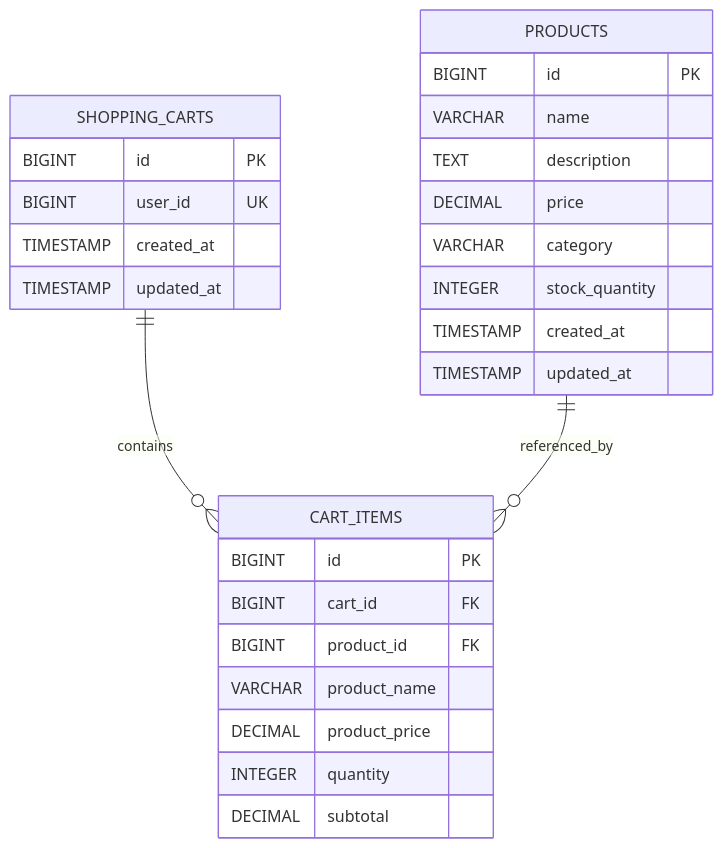
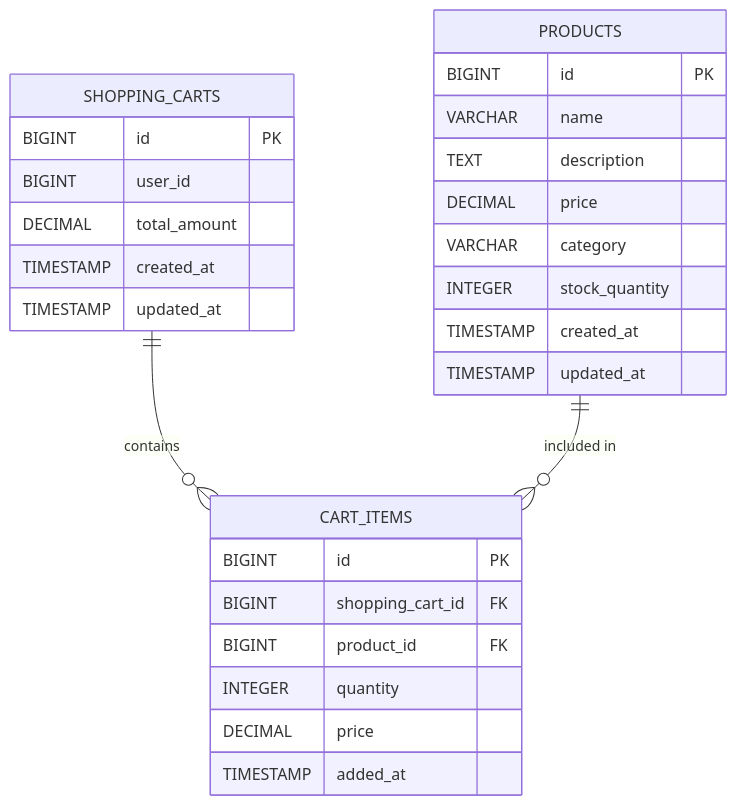
Before and after one commit to NavneetBN47/aava-ecom-demo: the second of 13 diagrams in docs/LLD/modified_lld.md, drawn with Mermaid. The commit also changed other lines of this file, not shown here.

````diff
--- a/docs/LLD/modified_lld.md
+++ b/docs/LLD/modified_lld.md
@@ -152,33 +128,33 @@
 ```mermaid
 erDiagram
     PRODUCTS {
         BIGINT id PK
         VARCHAR name
         TEXT description
         DECIMAL price
         VARCHAR category
         INTEGER stock_quantity
         TIMESTAMP created_at
         TIMESTAMP updated_at
     }
 
     SHOPPING_CARTS {
         BIGINT id PK
-        BIGINT user_id UK
+        BIGINT user_id
+        DECIMAL total_amount
         TIMESTAMP created_at
         TIMESTAMP updated_at
     }
 
     CART_ITEMS {
         BIGINT id PK
-        BIGINT cart_id FK
+        BIGINT shopping_cart_id FK
         BIGINT product_id FK
-        VARCHAR product_name
-        DECIMAL product_price
         INTEGER quantity
-        DECIMAL subtotal
+        DECIMAL price
+        TIMESTAMP added_at
     }
 
     SHOPPING_CARTS ||--o{ CART_ITEMS : contains
-    PRODUCTS ||--o{ CART_ITEMS : referenced_by
+    PRODUCTS ||--o{ CART_ITEMS : "included in"
 ```
````
